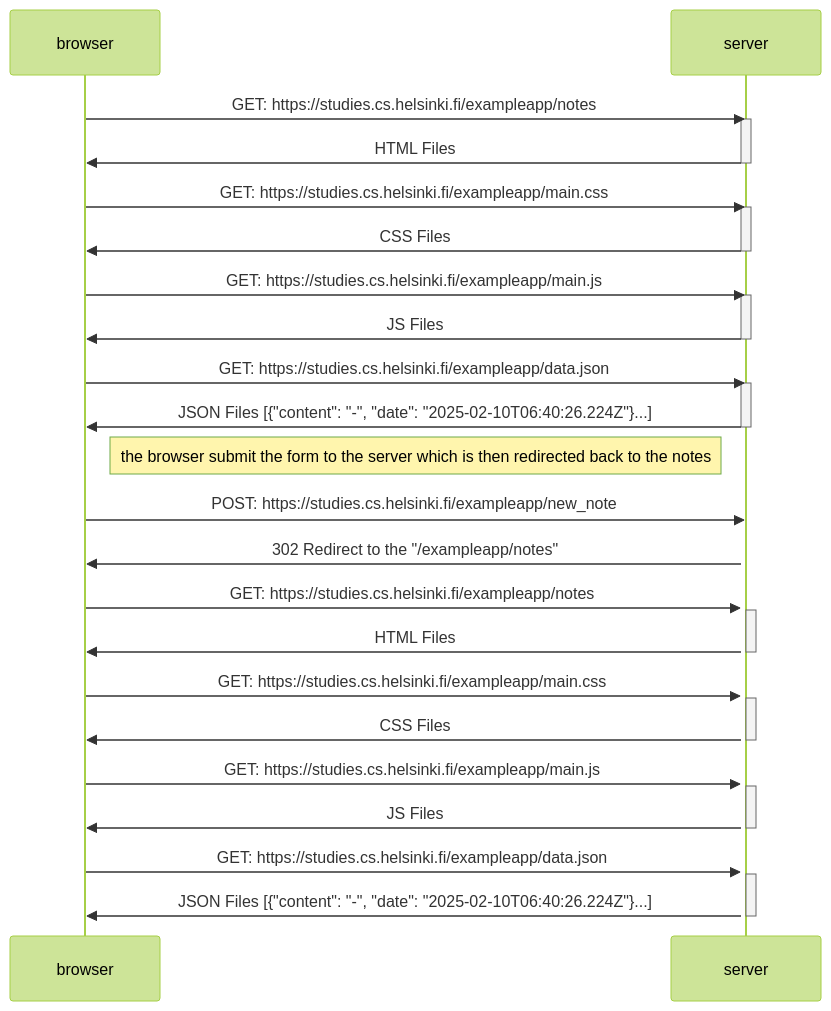
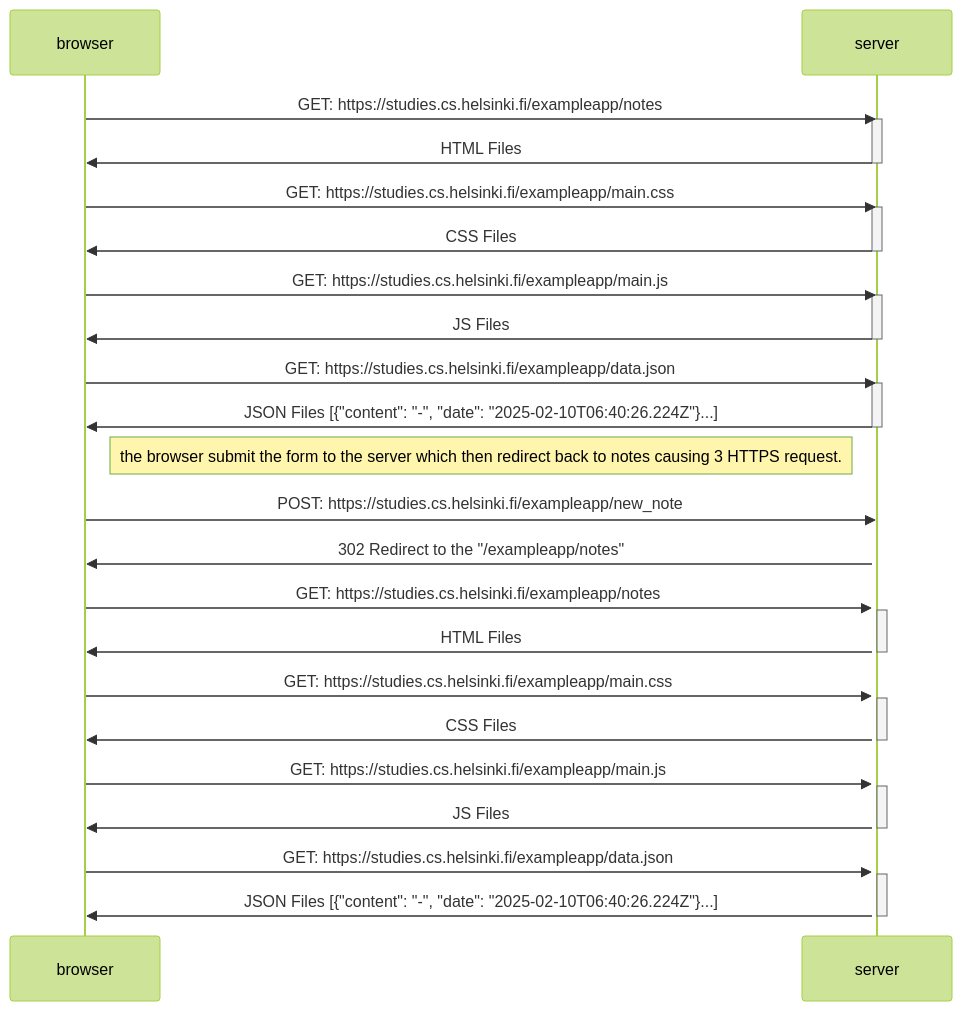
Before and after one commit to Dreath21/myFirstProject_in_gits: the diagram in part0/part0_4.mmd, drawn with Mermaid (forest theme).

```diff
--- a/part0/part0_4.mmd
+++ b/part0/part0_4.mmd
@@ -1,48 +1,48 @@
 sequenceDiagram
     participant browser
     participant server
 
     browser ->> server: GET: https://studies.cs.helsinki.fi/exampleapp/notes
     activate server
     server ->> browser: HTML Files
     deactivate server
 
     browser ->> server: GET: https://studies.cs.helsinki.fi/exampleapp/main.css
     activate server
     server ->> browser: CSS Files
     deactivate server
 
     browser ->> server: GET: https://studies.cs.helsinki.fi/exampleapp/main.js
     activate server
     server ->> browser: JS Files
     deactivate server
 
     browser ->> server: GET: https://studies.cs.helsinki.fi/exampleapp/data.json
     activate server
     server ->> browser: JSON Files [{"content": "-", "date": "2025-02-10T06:40:26.224Z"}...]
     deactivate server
 
-    Note right of browser: the browser submit the form to the server which is then redirected back to the notes
+    Note right of browser: the browser submit the form to the server which then redirect back to notes causing 3 HTTPS request.
     browser ->> server: POST: https://studies.cs.helsinki.fi/exampleapp/new_note
     activate server
     server ->> browser: 302 Redirect to the "/exampleapp/notes"
 
     browser ->> server: GET: https://studies.cs.helsinki.fi/exampleapp/notes
     activate server
     server ->> browser: HTML Files
     deactivate server
 
     browser ->> server: GET: https://studies.cs.helsinki.fi/exampleapp/main.css
     activate server
     server ->> browser: CSS Files
     deactivate server
 
     browser ->> server: GET: https://studies.cs.helsinki.fi/exampleapp/main.js
     activate server
     server ->> browser: JS Files
     deactivate server
 
     browser ->> server: GET: https://studies.cs.helsinki.fi/exampleapp/data.json
     activate server
     server ->> browser: JSON Files [{"content": "-", "date": "2025-02-10T06:40:26.224Z"}...]
     deactivate server
```
